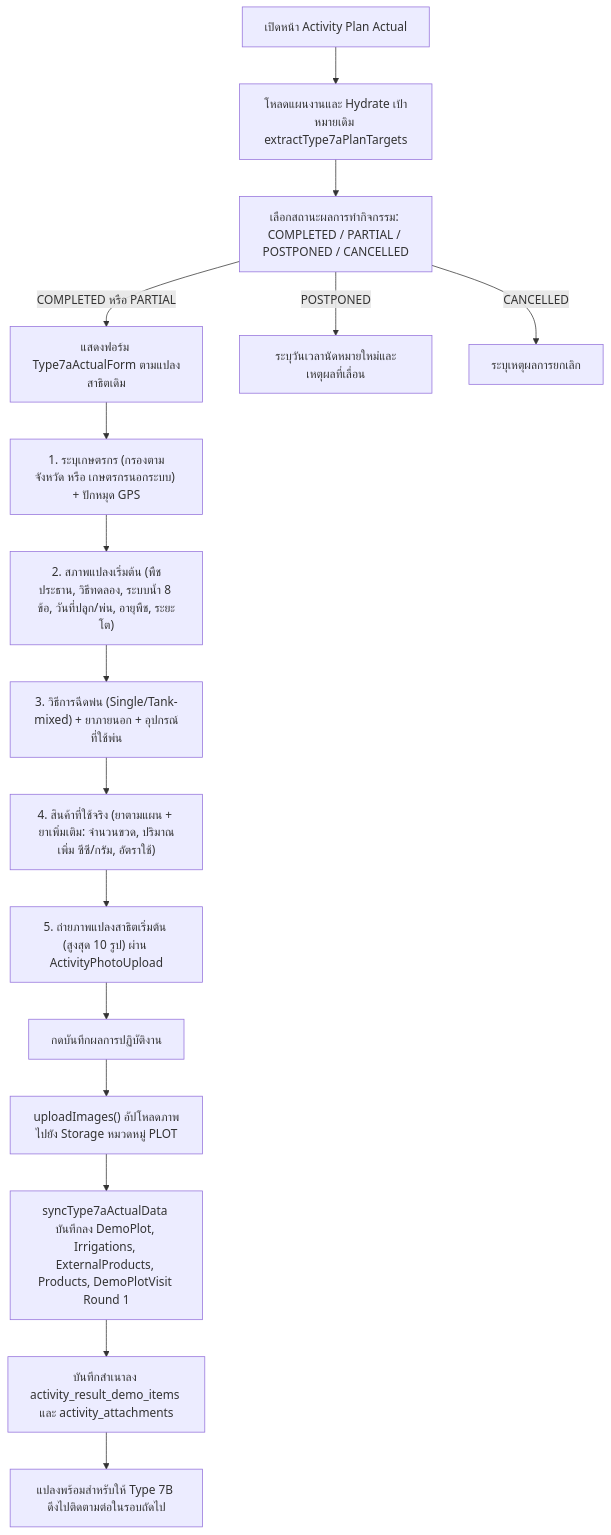
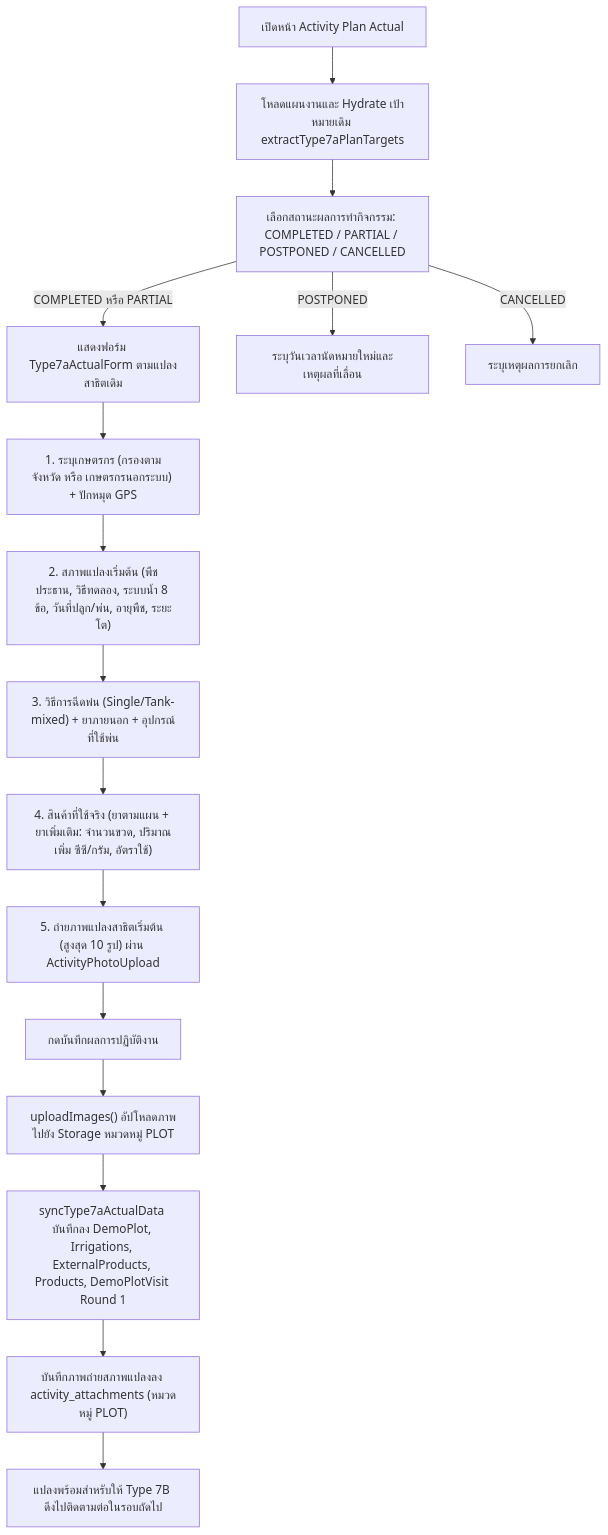
Before and after one commit to bankhk10/crm-bank: the second of 4 diagrams in modules/activity/features/type-7a/README.md, drawn with Mermaid. The commit also changed other lines of this file and 8 other files, not shown here.

````diff
--- a/modules/activity/features/type-7a/README.md
+++ b/modules/activity/features/type-7a/README.md
@@ -82,18 +82,18 @@
 ```mermaid
 graph TD
     A["เปิดหน้า Activity Plan Actual"] --> B["โหลดแผนงานและ Hydrate เป้าหมายเดิม extractType7aPlanTargets"]
     B --> C["เลือกสถานะผลการทำกิจกรรม: COMPLETED / PARTIAL / POSTPONED / CANCELLED"]
     C -->|"COMPLETED หรือ PARTIAL"| D["แสดงฟอร์ม Type7aActualForm ตามแปลงสาธิตเดิม"]
     D --> E["1. ระบุเกษตรกร (กรองตามจังหวัด หรือ เกษตรกรนอกระบบ) + ปักหมุด GPS"]
     E --> F["2. สภาพแปลงเริ่มต้น (พืชประธาน, วิธีทดลอง, ระบบน้ำ 8 ข้อ, วันที่ปลูก/พ่น, อายุพืช, ระยะโต)"]
     F --> G["3. วิธีการฉีดพ่น (Single/Tank-mixed) + ยาภายนอก + อุปกรณ์ที่ใช้พ่น"]
     G --> H["4. สินค้าที่ใช้จริง (ยาตามแผน + ยาเพิ่มเติม: จำนวนขวด, ปริมาณเพิ่ม ซีซี/กรัม, อัตราใช้)"]
     H --> I["5. ถ่ายภาพแปลงสาธิตเริ่มต้น (สูงสุด 10 รูป) ผ่าน ActivityPhotoUpload"]
     I --> J["กดบันทึกผลการปฏิบัติงาน"]
     J --> K["uploadImages() อัปโหลดภาพไปยัง Storage หมวดหมู่ PLOT"]
     K --> L["syncType7aActualData บันทึกลง DemoPlot, Irrigations, ExternalProducts, Products, DemoPlotVisit Round 1"]
-    L --> M["บันทึกสำเนาลง activity_result_demo_items และ activity_attachments"]
+    L --> M["บันทึกภาพถ่ายสภาพแปลงลง activity_attachments (หมวดหมู่ PLOT)"]
     M --> N["แปลงพร้อมสำหรับให้ Type 7B ดึงไปติดตามต่อในรอบถัดไป"]
     C -->|"POSTPONED"| O["ระบุวันเวลานัดหมายใหม่และเหตุผลที่เลื่อน"]
     C -->|"CANCELLED"| P["ระบุเหตุผลการยกเลิก"]
 ```
````
